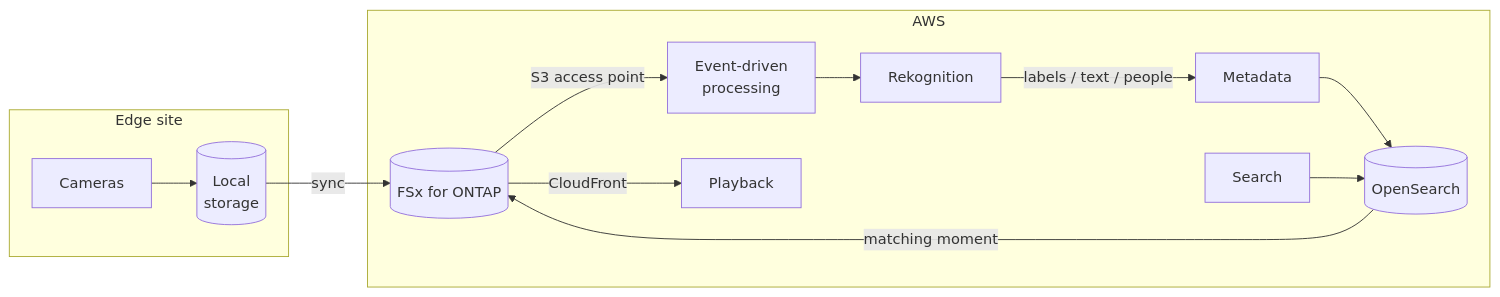
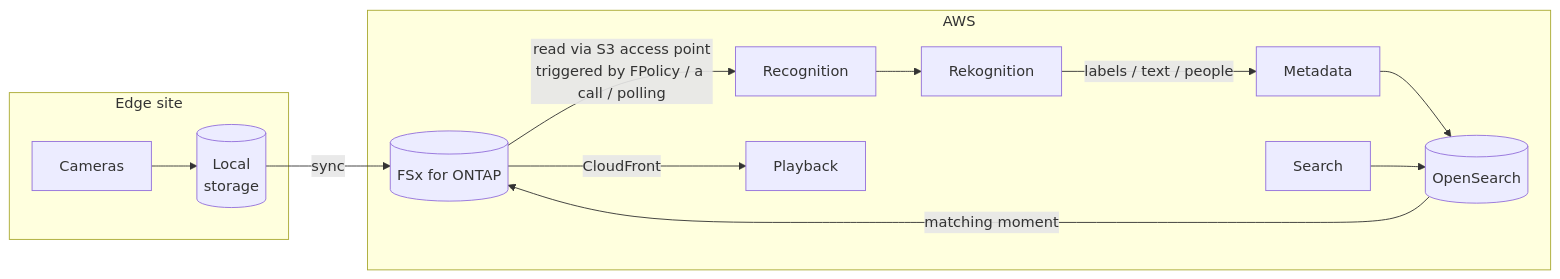
The diagram in docs/en/aws-patterns/06-video-analytics.md (Yoshiki0705/ONTAP-Edge-to-Cloud-AI), drawn with Mermaid before and after one commit. The commit also changed 42 other files, not shown here.

````diff
--- a/docs/en/aws-patterns/06-video-analytics.md
+++ b/docs/en/aws-patterns/06-video-analytics.md
@@ -26,16 +26,16 @@
 ```mermaid
 graph LR
   subgraph Edge["Edge site"]
     CAM[Cameras] --> LS[(Local<br/>storage)]
   end
   subgraph Cloud["AWS"]
     LS -->|sync| FSX[(FSx for ONTAP)]
-    FSX -->|S3 access point| EV[Event-driven<br/>processing]
+    FSX -->|read via S3 access point<br/>triggered by FPolicy / a call / polling| EV[Recognition]
     EV --> RK[Rekognition]
     RK -->|labels / text / people| META[Metadata]
     META --> OS[(OpenSearch)]
     Q[Search] --> OS
     OS -->|matching moment| FSX
     FSX -->|CloudFront| PLAY[Playback]
   end
 ```
````
